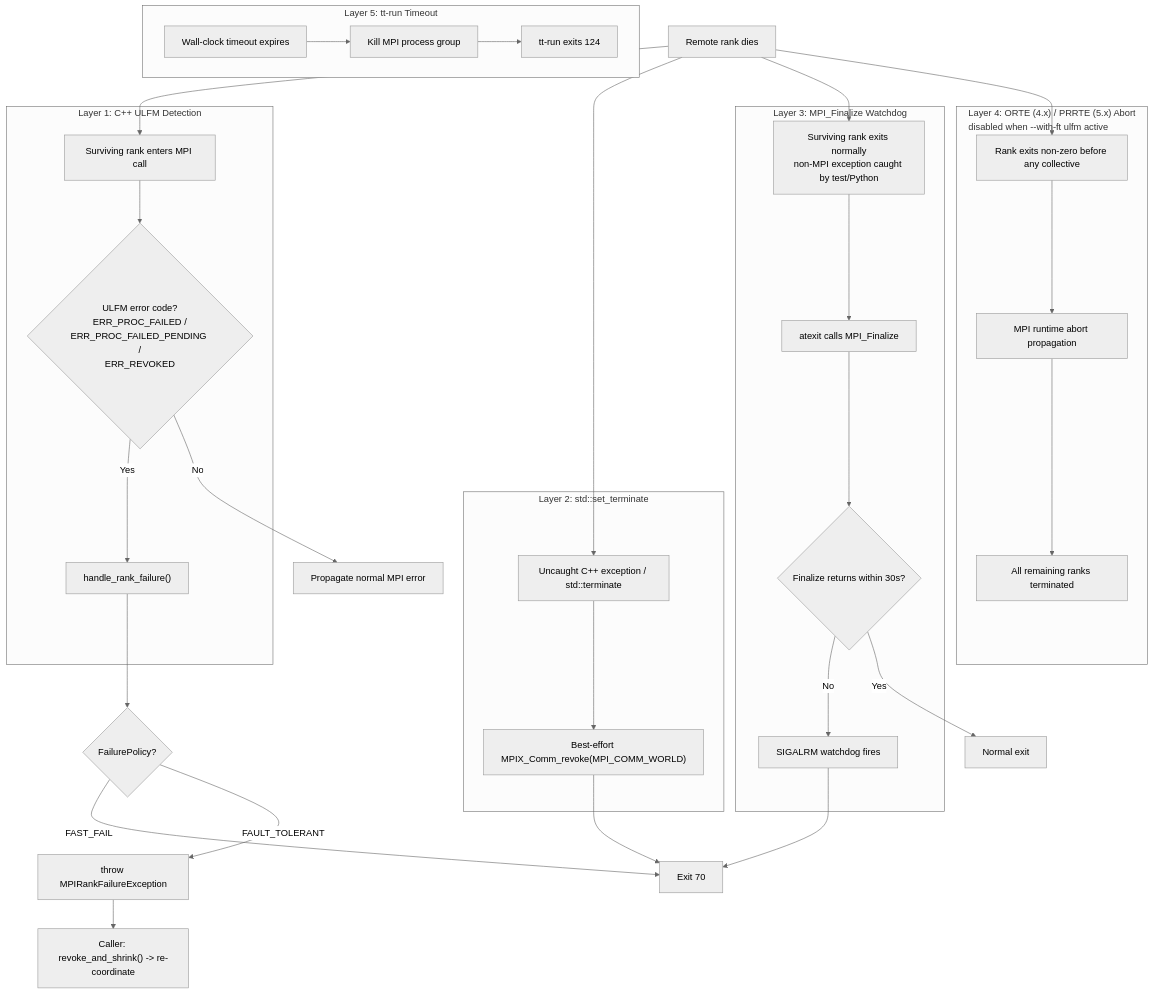
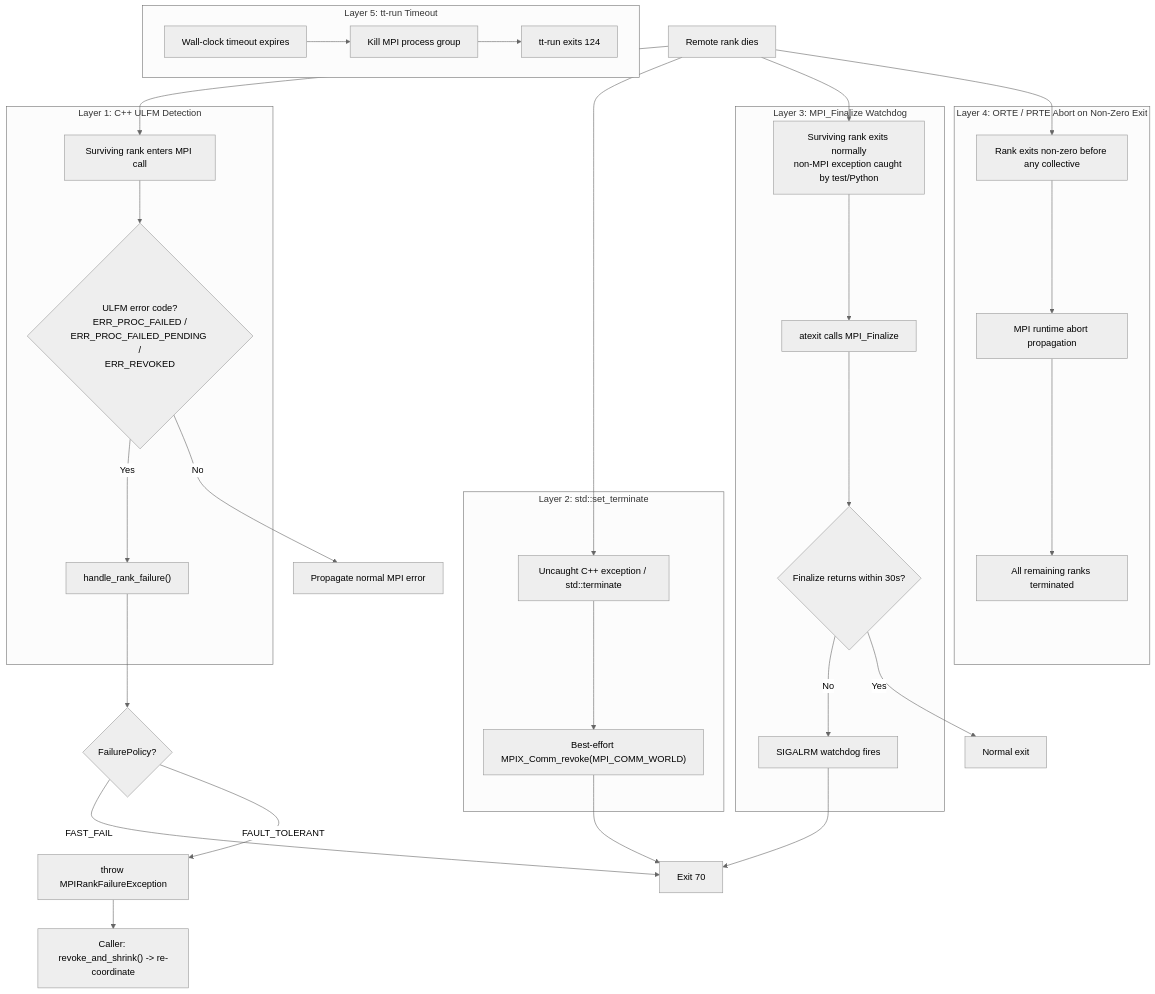
One commit to tenstorrent/tt-metal changed the first of 2 diagrams in ttnn/ttnn/distributed/ULFM.md. Above: the diagram before and after it, drawn with Mermaid (neutral theme). The commit also changed other lines of this file and 9 other files, not shown here.

````diff
--- a/ttnn/ttnn/distributed/ULFM.md
+++ b/ttnn/ttnn/distributed/ULFM.md
@@ -28,55 +28,55 @@
 ```mermaid
 flowchart TD
     rankFail["Remote rank dies"]
 
     subgraph layer1 [Layer 1: C++ ULFM Detection]
         mpiCall["Surviving rank enters MPI call"]
         ulfmCheck{"ULFM error code?\nERR_PROC_FAILED /\nERR_PROC_FAILED_PENDING /\nERR_REVOKED"}
         handleFailure["handle_rank_failure()"]
     end
 
     subgraph layer2 [Layer 2: std::set_terminate]
         uncaughtExc["Uncaught C++ exception / std::terminate"]
         revokeWorld["Best-effort MPIX_Comm_revoke(MPI_COMM_WORLD)"]
     end
 
     subgraph layer3 [Layer 3: MPI_Finalize Watchdog]
         survivorExit["Surviving rank exits normally\nnon-MPI exception caught by test/Python"]
         atexitFinalize["atexit calls MPI_Finalize"]
         alarmFires{"Finalize returns within 30s?"}
         sigalrm["SIGALRM watchdog fires"]
     end
 
-    subgraph layer4 ["Layer 4: ORTE (4.x) / PRRTE (5.x) Abort\ndisabled when --with-ft ulfm active"]
+    subgraph layer4 [Layer 4: ORTE / PRTE Abort on Non-Zero Exit]
         nonZeroExit["Rank exits non-zero before any collective"]
         runtimeAbort["MPI runtime abort propagation"]
         allKilled["All remaining ranks terminated"]
     end
 
     subgraph layer5 [Layer 5: tt-run Timeout]
         wallClock["Wall-clock timeout expires"]
         sigkill["Kill MPI process group"]
         timeoutExit["tt-run exits 124"]
     end
 
     policyCheck{"FailurePolicy?"}
     fastFail["Exit 70"]
     throwExc["throw MPIRankFailureException"]
     recovery["Caller: revoke_and_shrink() -> re-coordinate"]
 
     rankFail --> mpiCall
     mpiCall --> ulfmCheck
     ulfmCheck -->|Yes| handleFailure
     ulfmCheck -->|No| normalError["Propagate normal MPI error"]
     handleFailure --> policyCheck
     policyCheck -->|FAST_FAIL| fastFail
     policyCheck -->|FAULT_TOLERANT| throwExc
     throwExc --> recovery
 
     rankFail --> uncaughtExc --> revokeWorld --> fastFail
     rankFail --> survivorExit --> atexitFinalize --> alarmFires
     alarmFires -->|No| sigalrm --> fastFail
     alarmFires -->|Yes| cleanExit["Normal exit"]
     rankFail --> nonZeroExit --> runtimeAbort --> allKilled
     wallClock --> sigkill --> timeoutExit
 ```
````
